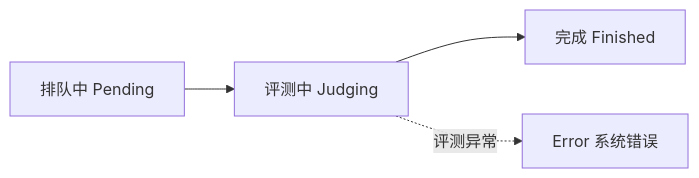
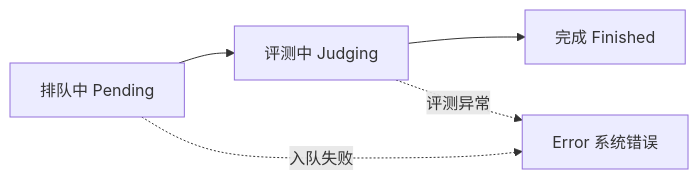
The diagram in noj-docs/docs/users/results.md (Neuro-OJ/neuro-oj), drawn with Mermaid before and after one commit. The commit also changed other lines of this file and 62 other files, not shown here.

````diff
--- a/noj-docs/docs/users/results.md
+++ b/noj-docs/docs/users/results.md
@@ -9,5 +11,6 @@
 ```mermaid
 flowchart LR
     P[排队中 Pending] --> J[评测中 Judging] --> F[完成 Finished]
-    J -.->|评测异常| E[Error 系统错误]
+    P -.->|入队失败| E[Error 系统错误]
+    J -.->|评测异常| E
 ```
````
